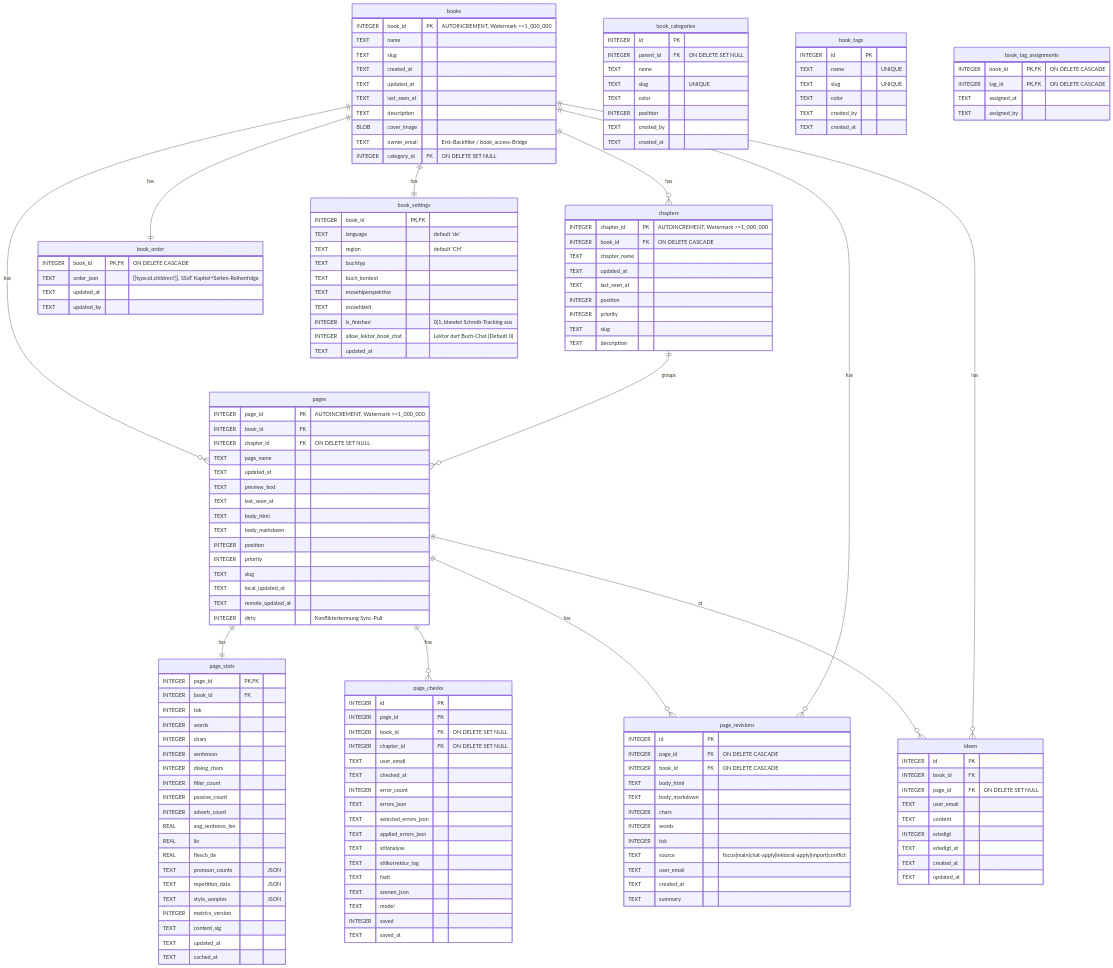
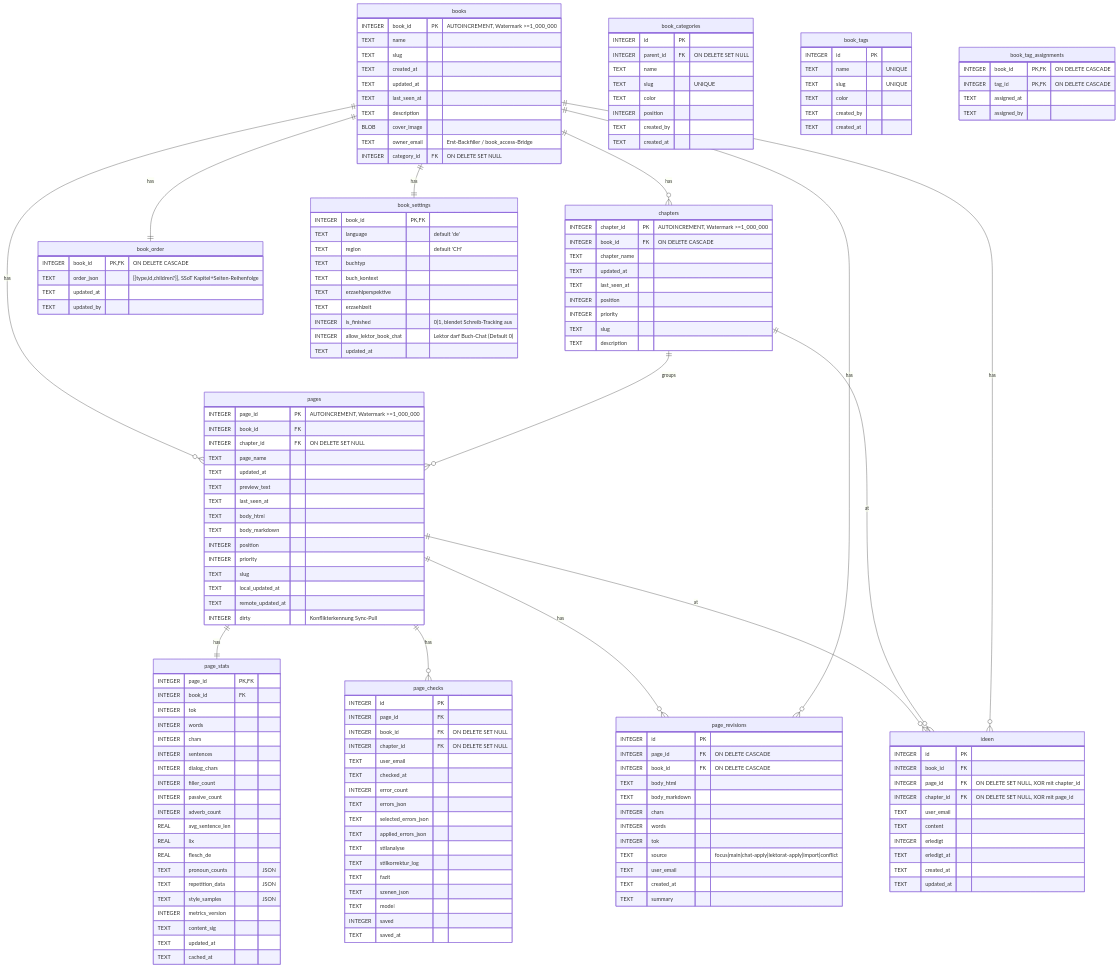
Before and after one commit to bedeberger/schreibwerkstatt: the second of 6 diagrams in docs/erd.md, drawn with Mermaid. The commit also changed other lines of this file and 20 other files, not shown here.

````diff
--- a/docs/erd.md
+++ b/docs/erd.md
@@ -253,7 +254,8 @@
   ideen {
     INTEGER id          PK
     INTEGER book_id     FK
-    INTEGER page_id     FK "ON DELETE SET NULL"
+    INTEGER page_id     FK "ON DELETE SET NULL, XOR mit chapter_id"
+    INTEGER chapter_id  FK "ON DELETE SET NULL, XOR mit page_id"
     TEXT    user_email
     TEXT    content
     INTEGER erledigt
@@ -283,6 +285,7 @@
   books     ||--o{ page_revisions : has
   books     ||--|| book_order  : has
   pages     ||--o{ ideen       : at
+  chapters  ||--o{ ideen       : at
   books     ||--o{ ideen       : has
   books     ||--|| book_settings : has
 ```
````
